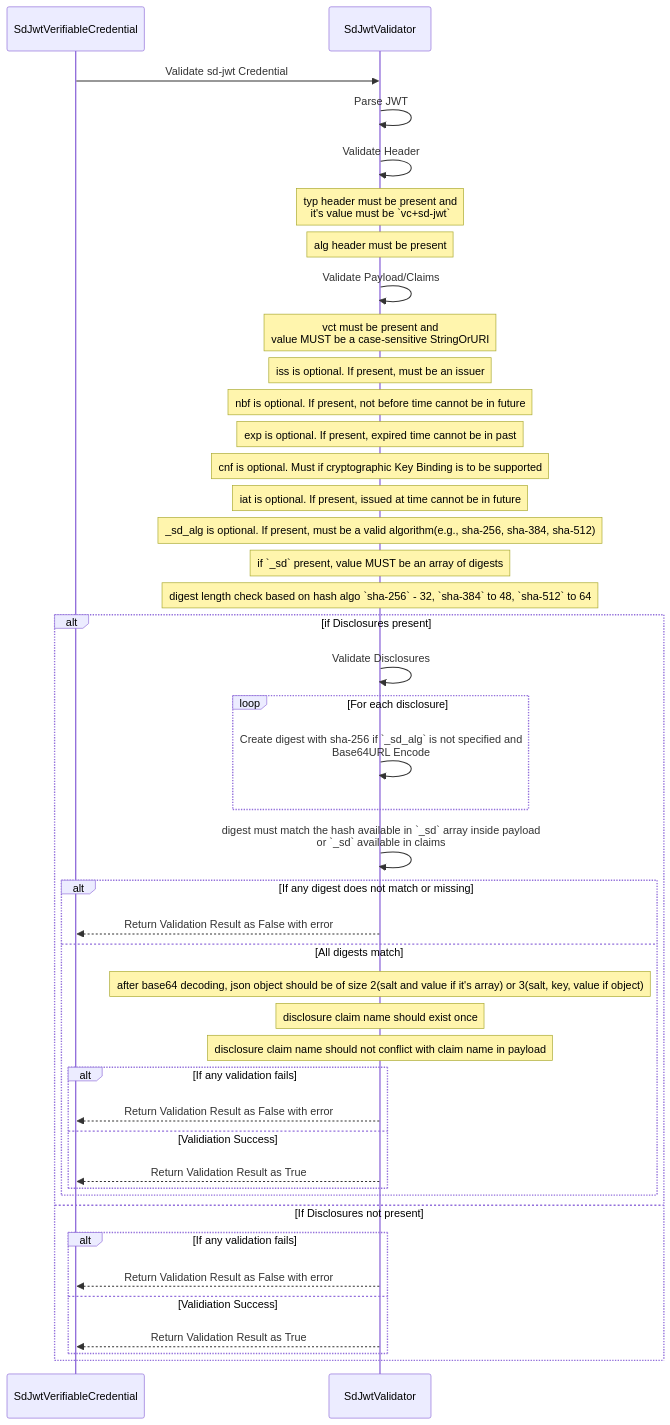
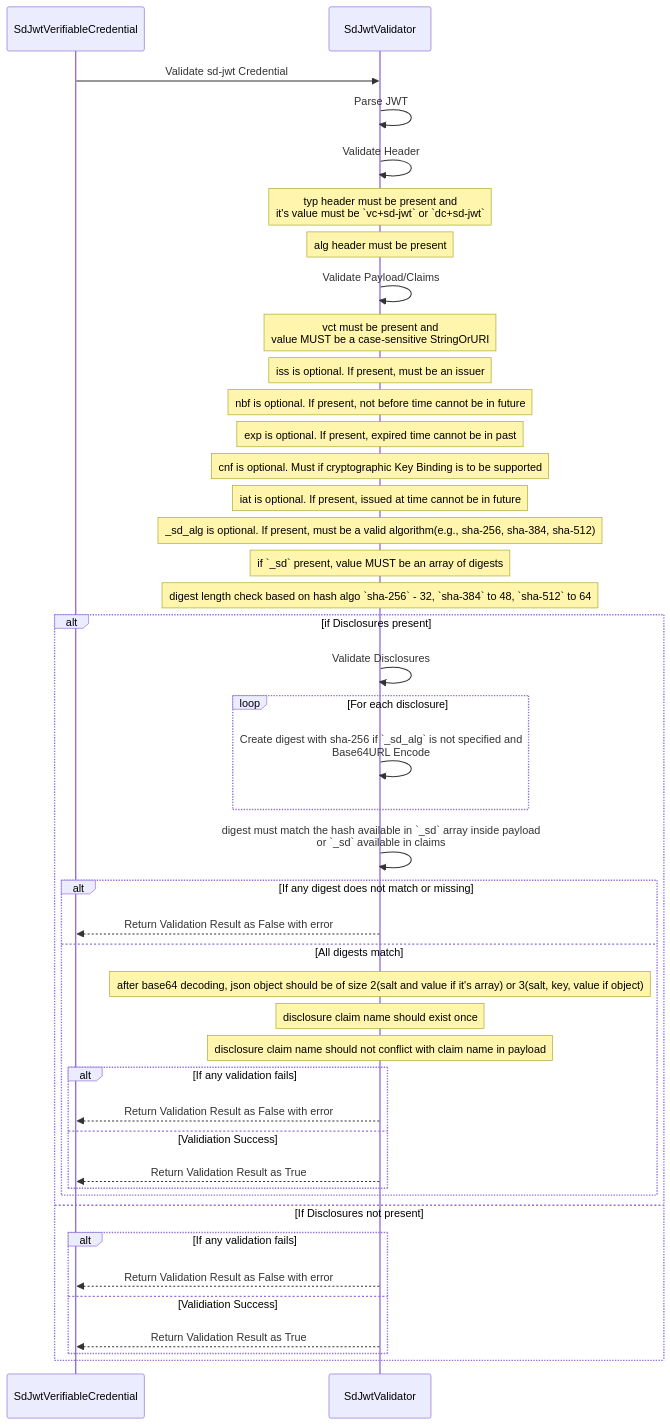
One commit to mosip/vc-verifier changed the second of 3 diagrams in doc/sdjwt-vc-verification-support.md. Above: the diagram before and after it, drawn with Mermaid. The commit also changed other lines of this file, not shown here.

Commit message:
[INJIMOB-3518] - Update sd-jwt vc-support doc to include IETF sd-jwt vc formats

````diff
--- a/doc/sdjwt-vc-verification-support.md
+++ b/doc/sdjwt-vc-verification-support.md
@@ -65,44 +63,44 @@
 ```mermaid
 sequenceDiagram
 
     SdJwtVerifiableCredential->>SdJwtValidator: Validate sd-jwt Credential
     SdJwtValidator->>SdJwtValidator: Parse JWT
     SdJwtValidator->>SdJwtValidator: Validate Header
-    Note over SdJwtValidator: typ header must be present and<br/>it's value must be `vc+sd-jwt`
+    Note over SdJwtValidator: typ header must be present and<br/>it's value must be `vc+sd-jwt` or `dc+sd-jwt`
     Note over SdJwtValidator: alg header must be present
     SdJwtValidator->>SdJwtValidator: Validate Payload/Claims
     Note over SdJwtValidator: vct must be present and<br/>value MUST be a case-sensitive StringOrURI
     Note over SdJwtValidator: iss is optional. If present, must be an issuer
     Note over SdJwtValidator: nbf is optional. If present, not before time cannot be in future
     Note over SdJwtValidator: exp is optional. If present, expired time cannot be in past
     Note over SdJwtValidator: cnf is optional. Must if cryptographic Key Binding is to be supported
     Note over SdJwtValidator: iat is optional. If present, issued at time cannot be in future
     Note over SdJwtValidator: _sd_alg is optional. If present, must be a valid algorithm(e.g., sha-256, sha-384, sha-512)
     Note over SdJwtValidator: if `_sd` present, value MUST be an array of digests
     Note over SdJwtValidator: digest length check based on hash algo  `sha-256` - 32, `sha-384` to 48, `sha-512` to 64
     alt if Disclosures present
         SdJwtValidator->>SdJwtValidator: Validate Disclosures
         loop For each disclosure
             SdJwtValidator->>SdJwtValidator: Create digest with sha-256 if `_sd_alg` is not specified and<br/>Base64URL Encode
         end
        SdJwtValidator->>SdJwtValidator: digest must match the hash available in `_sd` array inside payload <br/>or `_sd` available in claims
         alt If any digest does not match or missing
             SdJwtValidator-->>SdJwtVerifiableCredential: Return Validation Result as False with error
         else All digests match
             Note over SdJwtValidator: after base64 decoding, json object should be of size 2(salt and value if it's array) or 3(salt, key, value if object)
             Note over SdJwtValidator: disclosure claim name should exist once
             Note over SdJwtValidator: disclosure claim name should not conflict with claim name in payload
            alt If any validation fails
               SdJwtValidator-->>SdJwtVerifiableCredential: Return Validation Result as False with error
            else Validiation Success
               SdJwtValidator-->>SdJwtVerifiableCredential: Return Validation Result as True
            end
         end
     else If Disclosures not present
         alt If any validation fails
             SdJwtValidator-->>SdJwtVerifiableCredential: Return Validation Result as False with error
         else Validiation Success
            SdJwtValidator-->>SdJwtVerifiableCredential: Return Validation Result as True
         end
     end
 ```   
````
